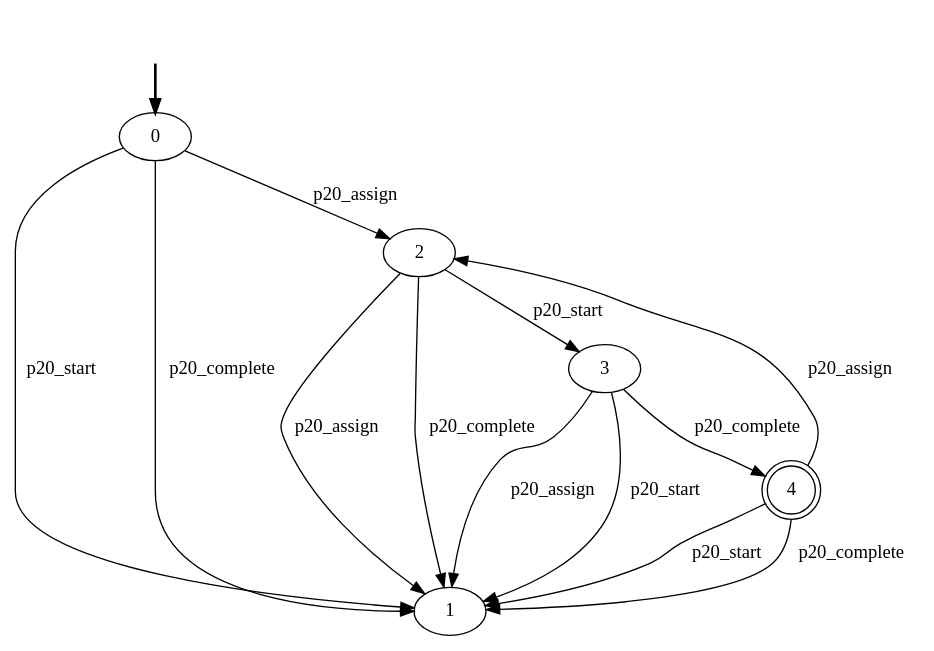
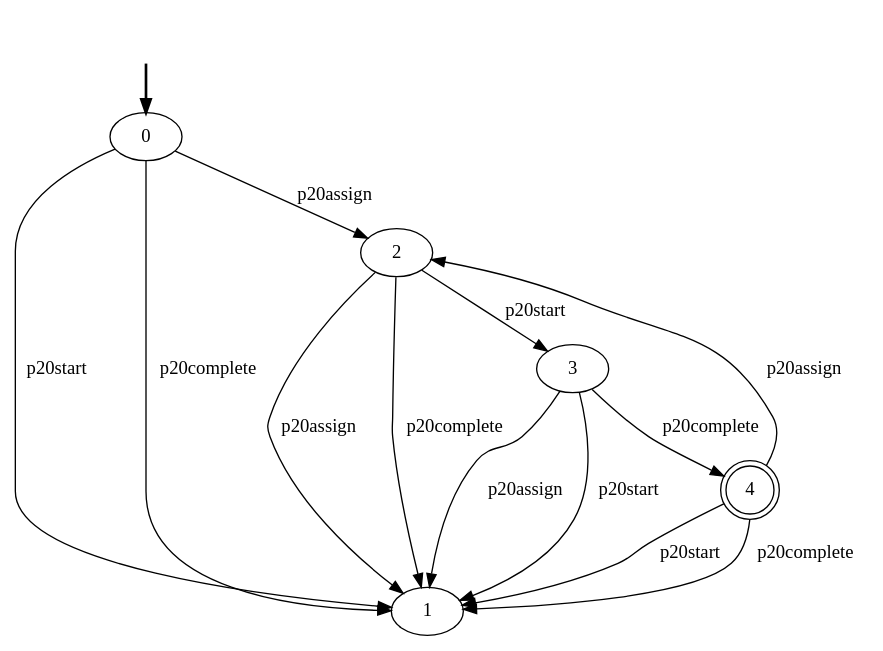
The diagram in Plan-based_Data_Aware_Declarative_Conf_Checker/resources/declarative-models/Data-Aware/5-CONSTRAINTS/p20_lifecycle.dot (GianmarcoBordin/pddlTranslator), drawn with Graphviz before and after one commit. The commit also changed 246 other files, not shown here.

```diff
--- a/Plan-based_Data_Aware_Declarative_Conf_Checker/resources/declarative-models/Data-Aware/5-CONSTRAINTS/p20_lifecycle.dot
+++ b/Plan-based_Data_Aware_Declarative_Conf_Checker/resources/declarative-models/Data-Aware/5-CONSTRAINTS/p20_lifecycle.dot
@@ -1,21 +1,21 @@
 digraph {
-		fake0 [style=invisible]
-		0 [root=true]
-		1
-		2
-		3
-		4 [shape=doublecircle]
-		fake0 -> 0 [style=bold]
-		2 -> 1 [label=p20_assign]
-		2 -> 3 [label=p20_start]
-		2 -> 1 [label=p20_complete]
-		3 -> 1 [label=p20_assign]
-		3 -> 1 [label=p20_start]
-		3 -> 4 [label=p20_complete]
-		4 -> 2 [label=p20_assign]
-		4 -> 1 [label=p20_start]
-		4 -> 1 [label=p20_complete]
-		0 -> 2 [label=p20_assign]
-		0 -> 1 [label=p20_start]
-		0 -> 1 [label=p20_complete]
+	fake0 [style=invisible]
+	0 [root=true]
+	1
+	2
+	3
+	4 [shape=doublecircle]
+	fake0 -> 0 [style=bold]
+	2 -> 1 [label=p20assign]
+	2 -> 3 [label=p20start]
+	2 -> 1 [label=p20complete]
+	3 -> 1 [label=p20assign]
+	3 -> 1 [label=p20start]
+	3 -> 4 [label=p20complete]
+	4 -> 2 [label=p20assign]
+	4 -> 1 [label=p20start]
+	4 -> 1 [label=p20complete]
+	0 -> 2 [label=p20assign]
+	0 -> 1 [label=p20start]
+	0 -> 1 [label=p20complete]
 }
```
